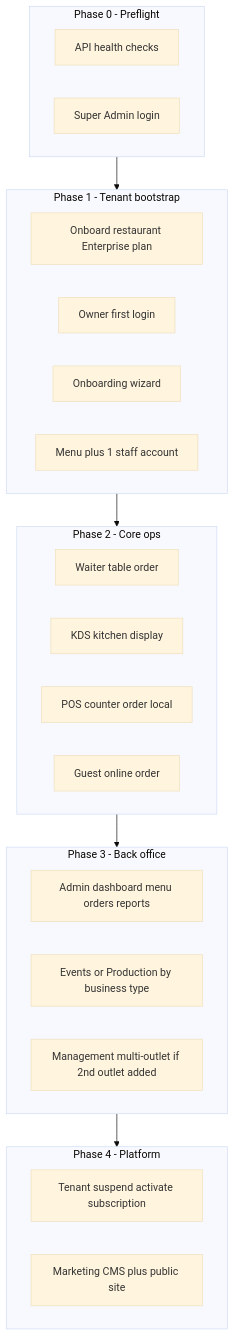
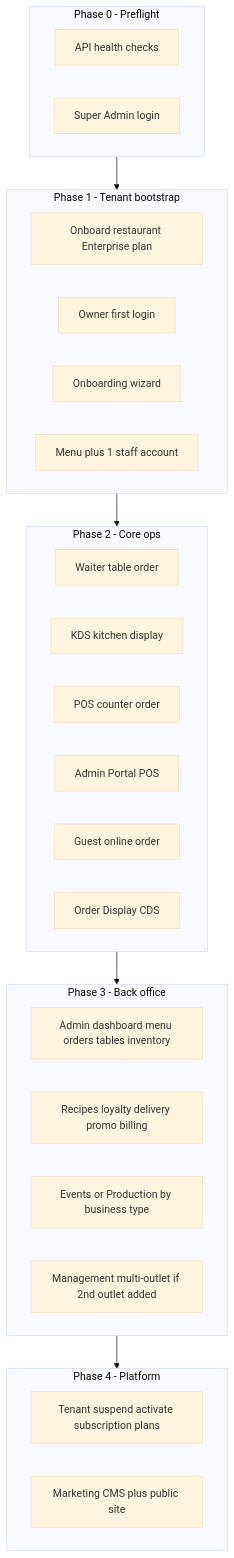
One commit to ak2hay/cullinos changed the first of 2 diagrams in docs/qa/MANUAL_TEST_PLAN.md. Above: the diagram before and after it, drawn with Mermaid (base theme). The commit also changed other lines of this file and 420 other files, not shown here.

First line of the commit message:
Ship portal POS, loyalty, promo, auth, and platform config across apps.

````diff
--- a/docs/qa/MANUAL_TEST_PLAN.md
+++ b/docs/qa/MANUAL_TEST_PLAN.md
@@ -43,29 +43,32 @@
 ```mermaid
 flowchart TD
   subgraph phase0 [Phase 0 - Preflight]
     Health[API health checks]
     SuperLogin[Super Admin login]
   end
   subgraph phase1 [Phase 1 - Tenant bootstrap]
     Onboard[Onboard restaurant Enterprise plan]
     OwnerLogin[Owner first login]
     Wizard[Onboarding wizard]
     MenuStaff[Menu plus 1 staff account]
   end
   subgraph phase2 [Phase 2 - Core ops]
     WaiterFlow[Waiter table order]
     KDSVerify[KDS kitchen display]
-    POSFlow[POS counter order local]
+    POSFlow[POS counter order]
+    PortalPos[Admin Portal POS]
     CustomerFlow[Guest online order]
+    CdsFlow[Order Display CDS]
   end
   subgraph phase3 [Phase 3 - Back office]
-    AdminModules[Admin dashboard menu orders reports]
+    AdminModules[Admin dashboard menu orders tables inventory]
+    NewModules[Recipes loyalty delivery promo billing]
     EventsProd[Events or Production by business type]
     ManagementEnt[Management multi-outlet if 2nd outlet added]
   end
   subgraph phase4 [Phase 4 - Platform]
-    SuperOps[Tenant suspend activate subscription]
+    SuperOps[Tenant suspend activate subscription plans]
     MarketingCMS[Marketing CMS plus public site]
   end
   phase0 --> phase1 --> phase2 --> phase3 --> phase4
 ```
````
